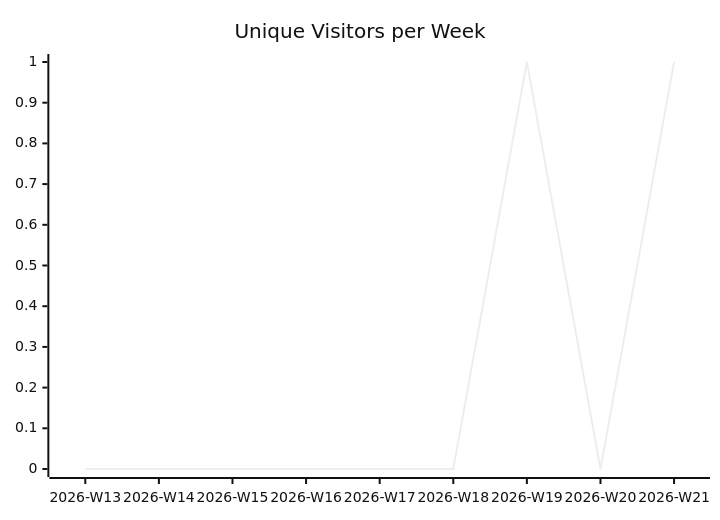
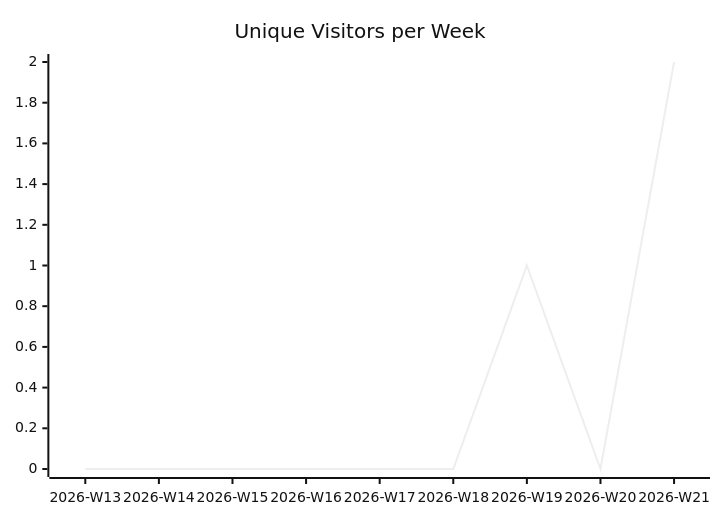
The first of 3 diagrams in karlmdavis/kobjects/README.md (justdavis-family/github-analytics-data), drawn with Mermaid (neutral theme) before and after one commit. The commit also changed other lines of this file and 189 other files, not shown here.

````diff
--- a/karlmdavis/kobjects/README.md
+++ b/karlmdavis/kobjects/README.md
@@ -5,6 +5,6 @@
 ```mermaid
 xychart-beta
   title "Unique Visitors per Week"
   x-axis ["2026-W13", "2026-W14", "2026-W15", "2026-W16", "2026-W17", "2026-W18", "2026-W19", "2026-W20", "2026-W21"]
-  line [0, 0, 0, 0, 0, 0, 1, 0, 1]
+  line [0, 0, 0, 0, 0, 0, 1, 0, 2]
 ```
````
